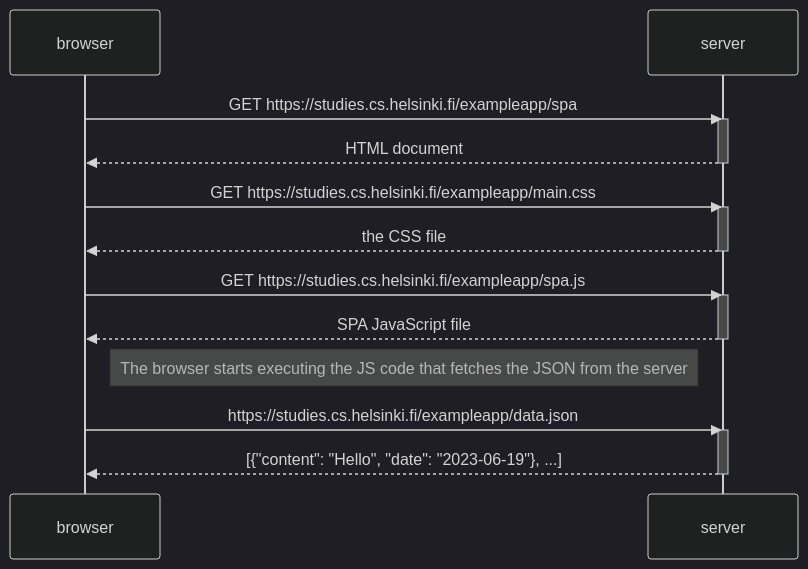
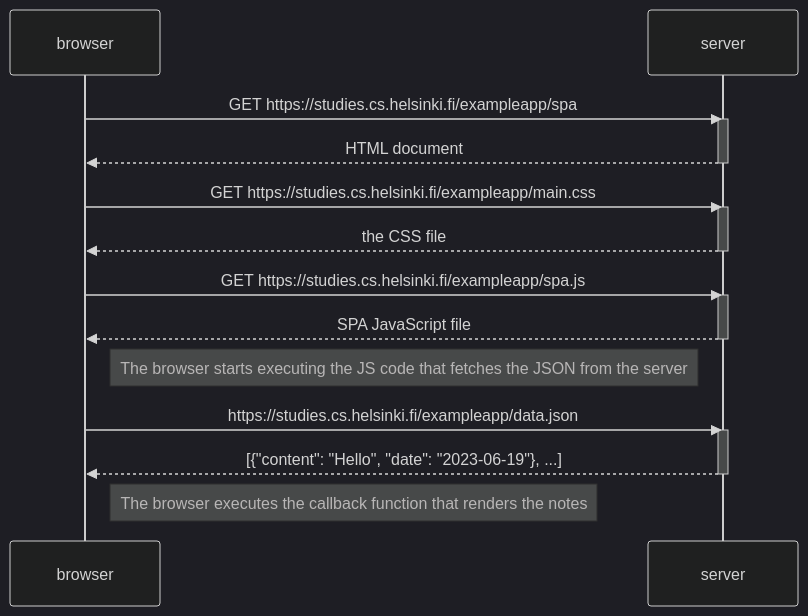
The diagram in Exercises_0.1-0.6/05-single_app_diagram.md (bryanidem/fullstack-helsinki), drawn with Mermaid (dark theme) before and after one commit.

Commit message:
add rendering note in diagram

````diff
--- a/Exercises_0.1-0.6/05-single_app_diagram.md
+++ b/Exercises_0.1-0.6/05-single_app_diagram.md
@@ -5,29 +5,31 @@
 ```mermaid
   sequenceDiagram
 
     participant browser
     participant server
 
     browser->>server: GET https://studies.cs.helsinki.fi/exampleapp/spa
     activate server
     server-->>browser: HTML document
     deactivate server
 
     browser->>server: GET https://studies.cs.helsinki.fi/exampleapp/main.css
     activate server
     server-->>browser: the CSS file
     deactivate server
 
     browser->>server: GET https://studies.cs.helsinki.fi/exampleapp/spa.js
     activate server
     server-->>browser: SPA JavaScript file
     deactivate server
 
     note right of browser: The browser starts executing the JS code that fetches the JSON from the server
 
     browser->>server: https://studies.cs.helsinki.fi/exampleapp/data.json
     activate server
     server-->>browser: [{"content": "Hello", "date": "2023-06-19"}, ...]
     deactivate server
 
+    note right of browser: The browser executes the callback function that renders the notes
+
 ```
````
